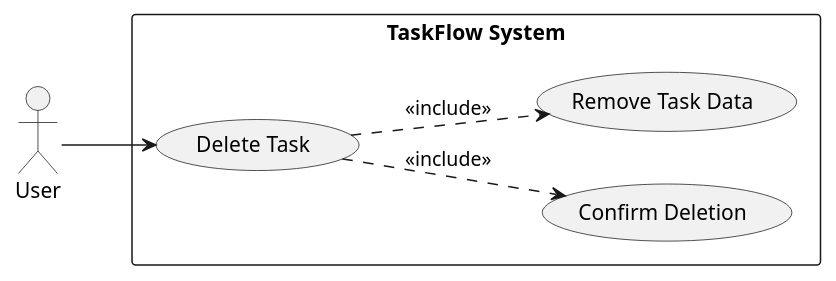
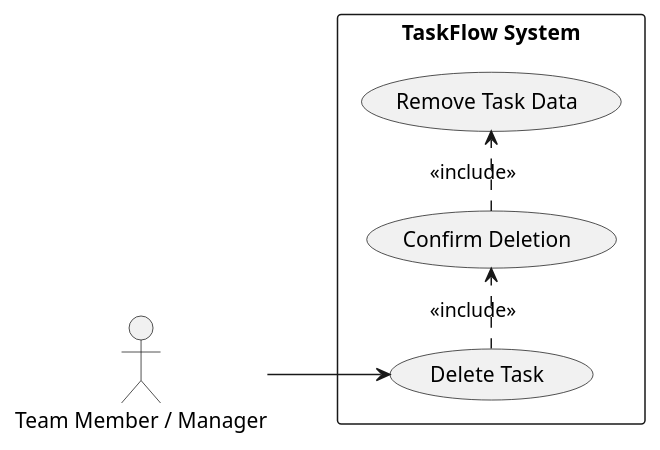
One commit to Chaman532003/framework changed the seventh of 9 diagrams in artifacts/spec/spec.md. Above: the diagram before and after it, drawn with PlantUML. The commit also changed other lines of this file, not shown here.

````diff
--- a/artifacts/spec/spec.md
+++ b/artifacts/spec/spec.md
@@ -467,18 +478,18 @@
 ```plantuml
 @startuml
 left to right direction
 skinparam packageStyle rectangle
 
-actor User
+actor "Team Member / Manager" as User
 
 rectangle "TaskFlow System" {
   usecase (Delete Task) as UC7
-  usecase (Confirm Deletion) as UC_Confirm
-  usecase (Remove Task Data) as UC_RemoveData
+  usecase (Confirm Deletion) as UC7_1
+  usecase (Remove Task Data) as UC7_2
 }
 
 User --> UC7
-UC7 ..> UC_Confirm : <<include>>
-UC7 ..> UC_RemoveData : <<include>>
+UC7 .> UC7_1 : <<include>>
+UC7_1 .> UC7_2 : <<include>>
 @enduml
 ```
````
